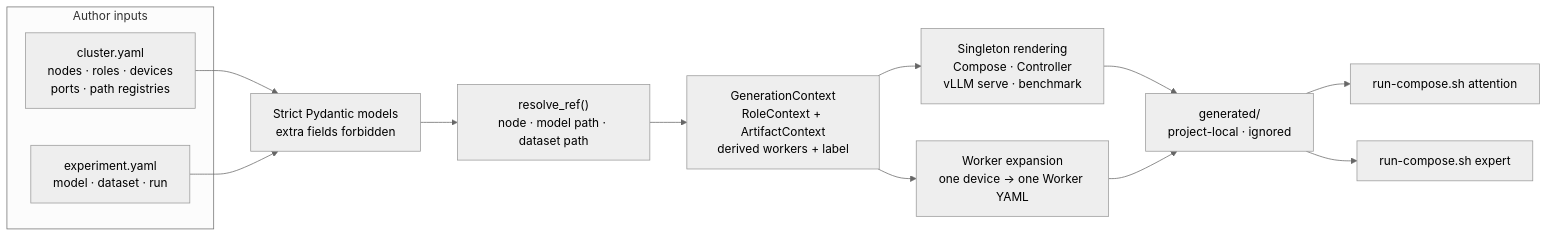
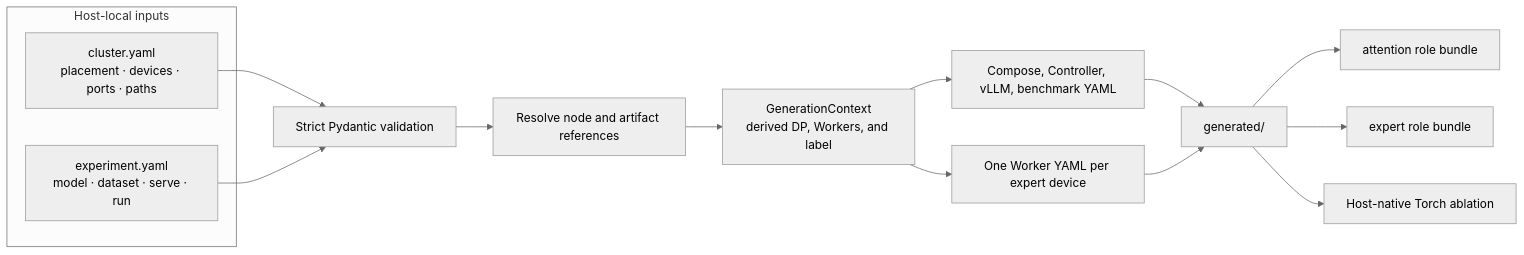
One commit to EthanO-O/expert-kit changed the diagram in dev/ascend/README.md. Above: the diagram before and after it, drawn with Mermaid (neutral theme). The commit also changed other lines of this file and 24 other files, not shown here.

First line of the commit message:
feat(npu-support): add Torch ablation and finalize Ascend config

````diff
--- a/dev/ascend/README.md
+++ b/dev/ascend/README.md
@@ -73,18 +97,19 @@
 ```mermaid
 flowchart LR
-    subgraph authored["Author inputs"]
-        cluster["cluster.yaml<br/>nodes · roles · devices<br/>ports · path registries"]
-        experiment["experiment.yaml<br/>model · dataset · run"]
+    subgraph inputs["Host-local inputs"]
+        cluster["cluster.yaml<br/>placement · devices · ports · paths"]
+        experiment["experiment.yaml<br/>model · dataset · serve · run"]
     end
 
-    cluster --> parse["Strict Pydantic models<br/>extra fields forbidden"]
-    experiment --> parse
-    parse --> resolve["resolve_ref()<br/>node · model path · dataset path"]
-    resolve --> context["GenerationContext<br/>RoleContext + ArtifactContext<br/>derived workers + label"]
-    context --> singleton["Singleton rendering<br/>Compose · Controller<br/>vLLM serve · benchmark"]
-    context --> workers["Worker expansion<br/>one device → one Worker YAML"]
-    singleton --> generated["generated/<br/>project-local · ignored"]
+    cluster --> validation["Strict Pydantic validation"]
+    experiment --> validation
+    validation --> resolution["Resolve node and artifact references"]
+    resolution --> context["GenerationContext<br/>derived DP, Workers, and label"]
+    context --> singleton["Compose, Controller, vLLM, benchmark YAML"]
+    context --> workers["One Worker YAML per expert device"]
+    singleton --> generated["generated/"]
     workers --> generated
-    generated --> attention["run-compose.sh attention"]
-    generated --> expert["run-compose.sh expert"]
+    generated --> attention["attention role bundle"]
+    generated --> expert["expert role bundle"]
+    generated --> torch["Host-native Torch ablation"]
 ```
````
